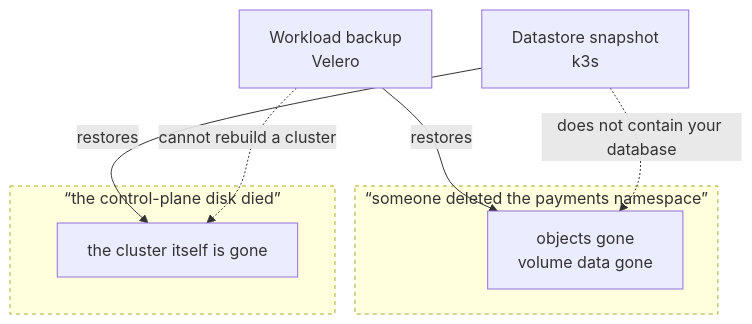
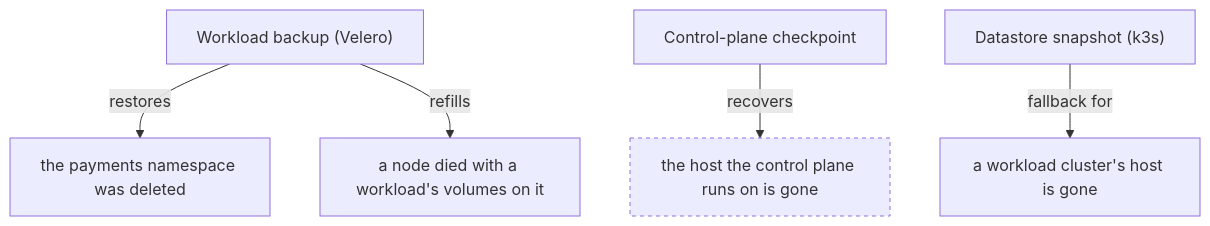
The diagram in content/backup-restore.mdx (kubenesthq/docs), drawn with Mermaid before and after one commit. The commit also changed other lines of this file and 13 other files, not shown here.

````diff
--- a/content/backup-restore.mdx
+++ b/content/backup-restore.mdx
@@ -33,18 +34,17 @@
 ```mermaid
 flowchart TB
-    subgraph disaster1 ["“someone deleted the payments namespace”"]
-        D1["objects gone<br/>volume data gone"]
-    end
-    subgraph disaster2 ["“the control-plane disk died”"]
-        D2["the cluster itself is gone"]
-    end
+    D1["the payments namespace was deleted"]
+    D2["a node died with a workload's volumes on it"]
+    D3["the host the control plane runs on is gone"]
+    D4["a workload cluster's host is gone"]
+    WB["Workload backup (Velero)"]
+    CP["Control-plane checkpoint"]
+    DS["Datastore snapshot (k3s)"]
 
-    WB["Workload backup<br/>Velero"] -- "restores" --> D1
-    DS["Datastore snapshot<br/>k3s"] -- "restores" --> D2
+    WB -- "restores" --> D1
+    WB -- "refills" --> D2
+    CP -- "recovers" --> D3
+    DS -- "fallback for" --> D4
 
-    WB -. "cannot rebuild a cluster" .-> D2
-    DS -. "does not contain your database" .-> D1
-
-    style disaster1 stroke-dasharray: 4 4
-    style disaster2 stroke-dasharray: 4 4
+    style D3 stroke-dasharray: 4 4
 ```
````
